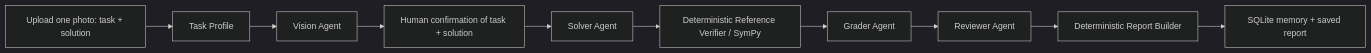
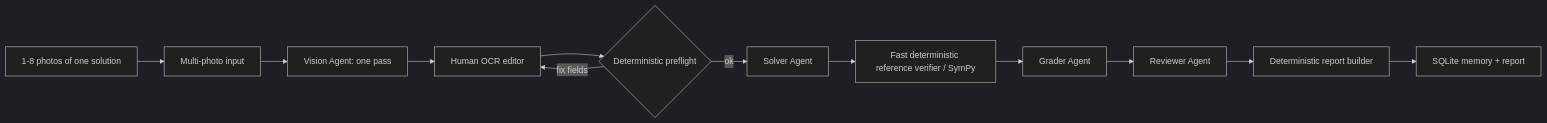
One commit to Arthur200014/MathCheckAi changed the diagram in docs/ARCHITECTURE.md. Above: the diagram before and after it, drawn with Mermaid (dark theme). The commit also changed other lines of this file, not shown here.

Commit message:
update architecture

````diff
--- a/docs/ARCHITECTURE.md
+++ b/docs/ARCHITECTURE.md
@@ -5,12 +5,14 @@
 ```mermaid
 flowchart LR
-    A[Upload one photo: task + solution] --> P[Task Profile]
-    P --> V[Vision Agent]
-    V --> H[Human confirmation of task + solution]
-    H --> S[Solver Agent]
-    S --> R[Deterministic Reference Verifier / SymPy]
+    U[1-8 photos of one solution] --> MP[Multi-photo input]
+    MP --> V[Vision Agent: one pass]
+    V --> H[Human OCR editor]
+    H --> P{Deterministic preflight}
+    P -- fix fields --> H
+    P -- ok --> S[Solver Agent]
+    S --> R[Fast deterministic reference verifier / SymPy]
     R --> G[Grader Agent]
     G --> Q[Reviewer Agent]
-    Q --> B[Deterministic Report Builder]
-    B --> M[SQLite memory + saved report]
+    Q --> B[Deterministic report builder]
+    B --> M[SQLite memory + report]
 ```
````
